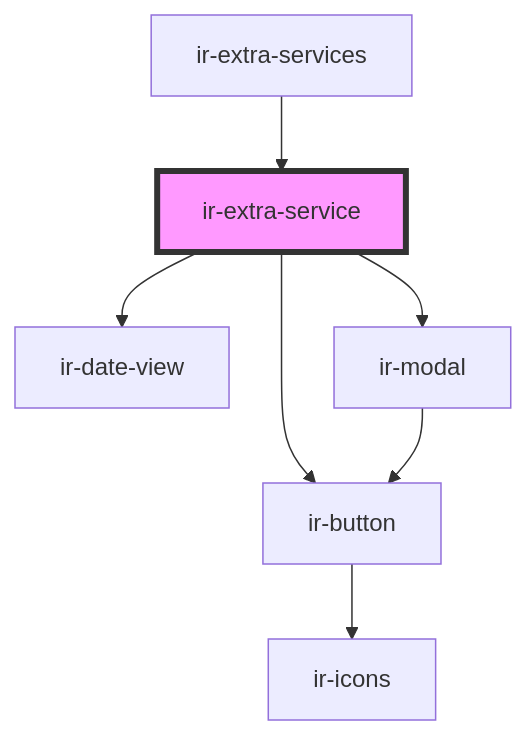
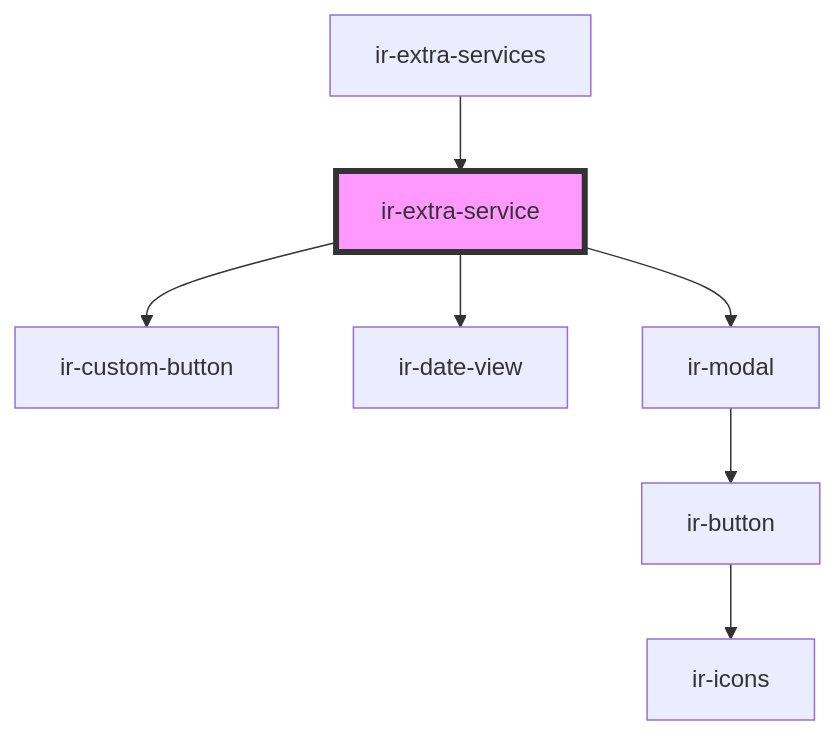
Before and after one commit to David1Chowaifaty/modified-ir-webcmp: the diagram in src/components/ir-booking-details/ir-extra-services/ir-extra-service/readme.md, drawn with Mermaid. The commit also changed other lines of this file and 70 other files, not shown here.

````diff
--- a/src/components/ir-booking-details/ir-extra-services/ir-extra-service/readme.md
+++ b/src/components/ir-booking-details/ir-extra-services/ir-extra-service/readme.md
@@ -38,10 +38,10 @@
 ```mermaid
 graph TD;
-  ir-extra-service --> ir-button
+  ir-extra-service --> ir-custom-button
   ir-extra-service --> ir-date-view
   ir-extra-service --> ir-modal
+  ir-modal --> ir-button
   ir-button --> ir-icons
-  ir-modal --> ir-button
   ir-extra-services --> ir-extra-service
   style ir-extra-service fill:#f9f,stroke:#333,stroke-width:4px
 ```
````
